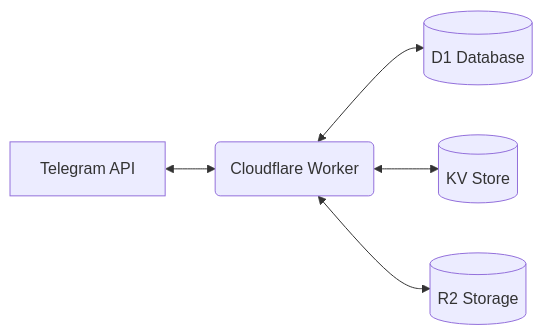
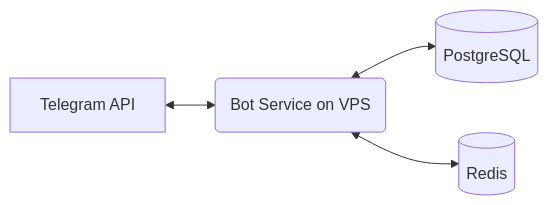
One commit to irfndi/meets-match changed the second of 3 diagrams in _docs_/TECH.MD. Above: the diagram before and after it, drawn with Mermaid. The commit also changed other lines of this file and 131 other files, not shown here.

````diff
--- a/_docs_/TECH.MD
+++ b/_docs_/TECH.MD
@@ -98,7 +89,6 @@
 ```mermaid
 graph LR
-    A[Telegram API] <--> B(Cloudflare Worker)
-    B <--> C[(D1 Database)]
-    B <--> D[(KV Store)]
-    B <--> E[(R2 Storage)]
+    A[Telegram API] <--> B(Bot Service on VPS)
+    B <--> C[(PostgreSQL)]
+    B <--> D[(Redis)]
 ```
````
